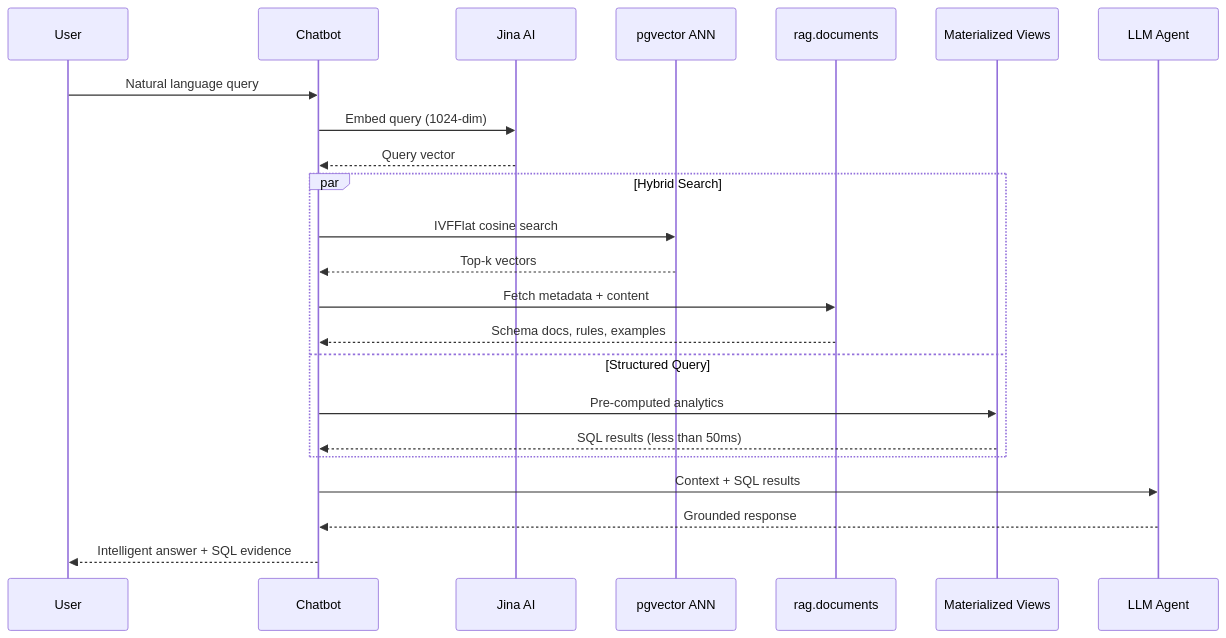
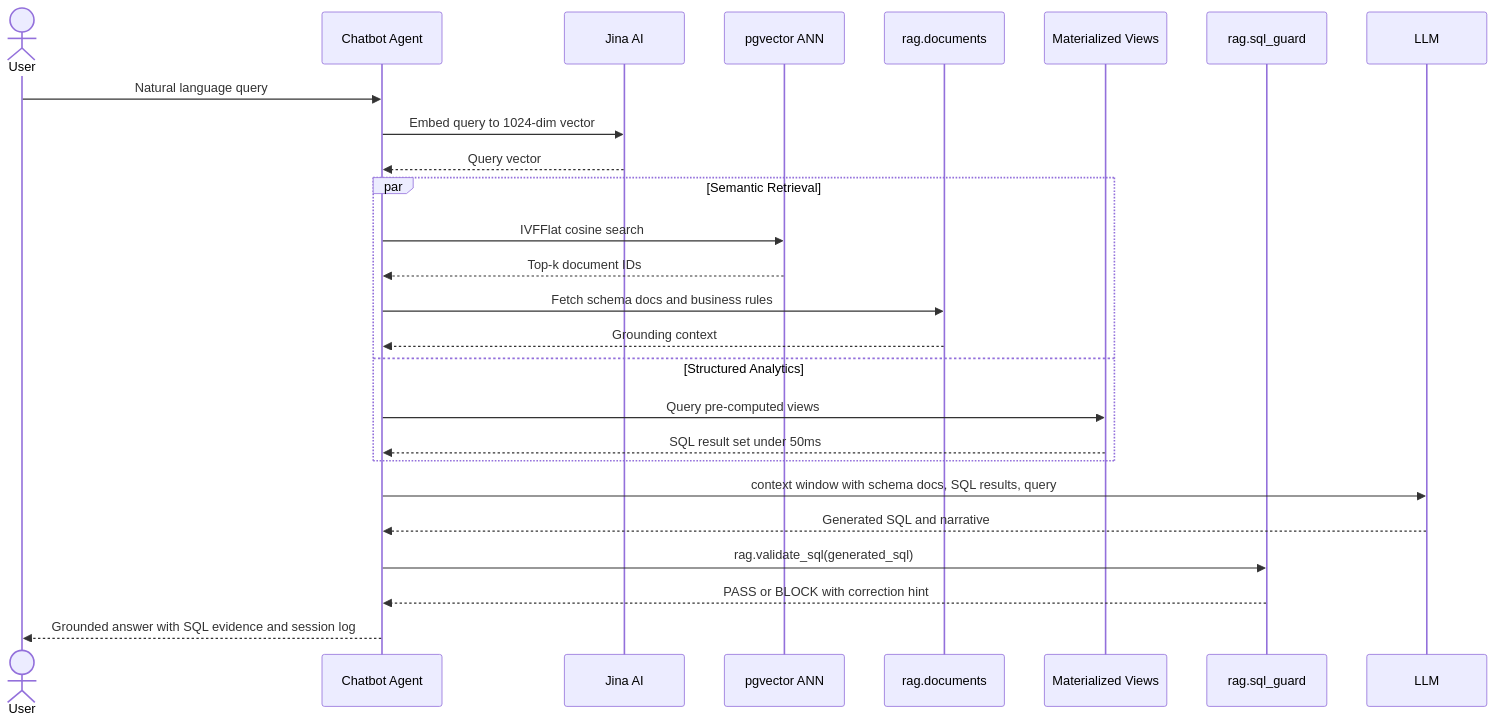
One commit to Mohamed-Elmasry16/Recovera-Hybrid-Database-Architecture changed the fifth of 6 diagrams in README.md. Above: the diagram before and after it, drawn with Mermaid. The commit also changed other lines of this file, not shown here.

````diff
--- a/README.md
+++ b/README.md
@@ -233,28 +332,33 @@
 ```mermaid
 sequenceDiagram
-    participant User
-    participant Chatbot
-    participant Jina as Jina AI
-    participant pgvector as pgvector ANN
-    participant Documents as rag.documents
+    actor  U  as User
+    participant CA as Chatbot Agent
+    participant J  as Jina AI
+    participant PV as pgvector ANN
+    participant D  as rag.documents
     participant MV as Materialized Views
-    participant LLM as LLM Agent
+    participant G  as rag.sql_guard
+    participant LM as LLM
 
-    User->>Chatbot: Natural language query
-    Chatbot->>Jina: Embed query (1024-dim)
-    Jina-->>Chatbot: Query vector
+    U  ->> CA: Natural language query
+    CA ->> J:  Embed query to 1024-dim vector
+    J  -->> CA: Query vector
 
-    par Hybrid Search
-        Chatbot->>pgvector: IVFFlat cosine search
-        pgvector-->>Chatbot: Top-k vectors
-        Chatbot->>Documents: Fetch metadata + content
-        Documents-->>Chatbot: Schema docs, rules, examples
-    and Structured Query
-        Chatbot->>MV: Pre-computed analytics
-        MV-->>Chatbot: SQL results (less than 50ms)
+    par Semantic Retrieval
+        CA ->> PV: IVFFlat cosine search
+        PV -->> CA: Top-k document IDs
+        CA ->> D:  Fetch schema docs and business rules
+        D  -->> CA: Grounding context
+    and Structured Analytics
+        CA ->> MV: Query pre-computed views
+        MV -->> CA: SQL result set under 50ms
     end
 
-    Chatbot->>LLM: Context + SQL results
-    LLM-->>Chatbot: Grounded response
-    Chatbot-->>User: Intelligent answer + SQL evidence
+    CA ->> LM: context window with schema docs, SQL results, query
+    LM -->> CA: Generated SQL and narrative
+
+    CA ->> G:  rag.validate_sql(generated_sql)
+    G  -->> CA: PASS or BLOCK with correction hint
+
+    CA -->> U: Grounded answer with SQL evidence and session log
 ```
````
